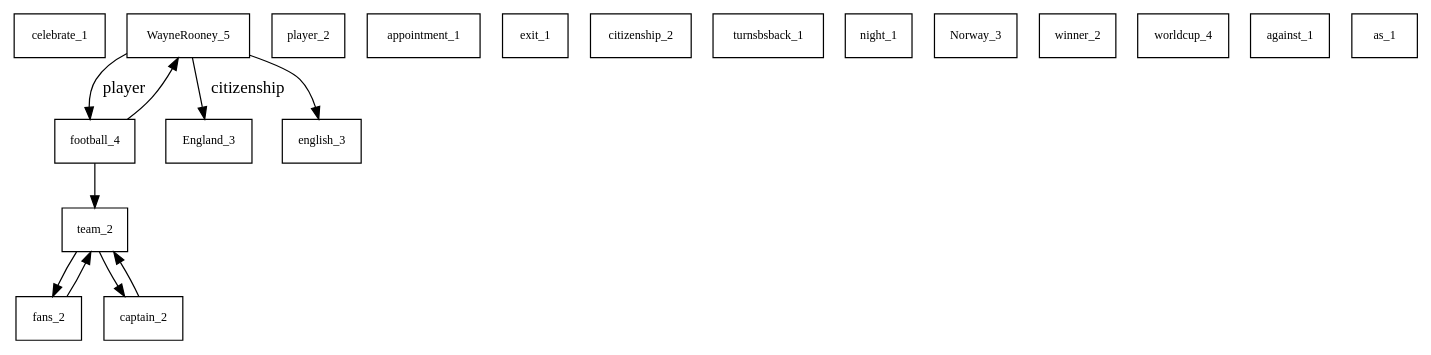
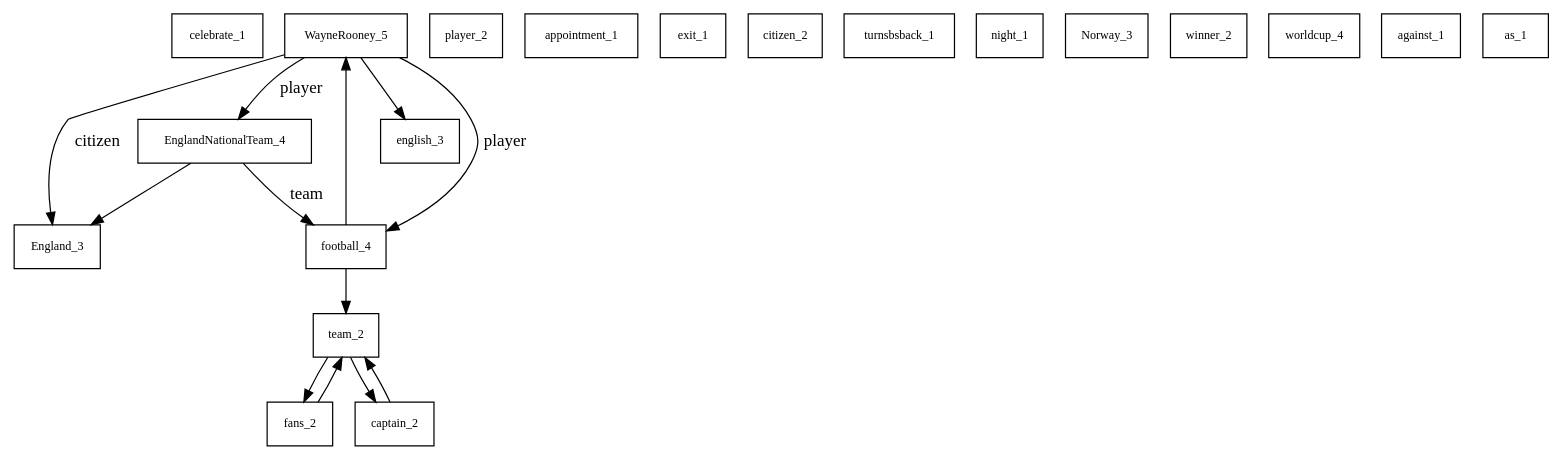
One commit to Nadrieril/psc changed the diagram in RC/RC.dot. Above: the diagram before and after it, drawn with Graphviz. The commit also changed 33 other files, not shown here.

Commit message:
Generated a new batch of graphs, better suited for the presentation

```diff
--- a/RC/RC.dot
+++ b/RC/RC.dot
@@ -1,31 +1,38 @@
 digraph G { /*Mettre d'abord tous les noeuds (nom_ic_activation) avec shape=box*/
 	celebrate_1 [shape=box,fontsize=10];
 	WayneRooney_5 [shape=box,fontsize=10];
+	/*ManchesterUnited_4 [shape=box,fontsize=10];*/
+	EnglandNationalTeam_4 [shape=box,fontsize=10];
 	player_2 [shape=box,fontsize=10];
 	appointment_1 [shape=box,fontsize=10];
 	exit_1 [shape=box,fontsize=10];
-	citizenship_2 [shape=box,fontsize=10];
+	citizen_2 [shape=box,fontsize=10];
 	turnsbsback_1 [shape=box,fontsize=10];
 	night_1 [shape=box,fontsize=10];
 	fans_2 [shape=box,fontsize=10];
 	football_4 [shape=box,fontsize=10];
 	England_3 [shape=box,fontsize=10];
 	team_2 [shape=box,fontsize=10];
 	captain_2 [shape=box,fontsize=10];
 	Norway_3 [shape=box,fontsize=10];
 	winner_2 [shape=box,fontsize=10];
 	worldcup_4 [shape=box,fontsize=10];
 	against_1 [shape=box,fontsize=10];
 	as_1 [shape=box,fontsize=10];
 	english_3 [shape=box,fontsize=10];
 	/*Mettre ensuite toutes les arêtes avec label s'il y en a un, et le poids obligatoire entre 0 et 100*/
 	team_2 -> fans_2 [weight=20]
 	fans_2 -> team_2 [weight=20]
 	team_2 -> captain_2 [weight=20]
 	captain_2 -> team_2 [weight=20]
 	WayneRooney_5 -> english_3 [weight=50]
-	WayneRooney_5 -> England_3 [label="citizenship",weight=50]
+	WayneRooney_5 -> England_3 [label="citizen",weight=50]
 	WayneRooney_5 -> football_4 [label="player",weight=70];
+	/*WayneRooney_5 -> ManchesterUnited_4 [label="player",weight=60];*/
+	WayneRooney_5 -> EnglandNationalTeam_4 [label="player",weight=60];
+	/*ManchesterUnited_4 -> football_4 [label="team",weight=60];*/
+	EnglandNationalTeam_4 -> football_4 [label="team",weight=60];
+	EnglandNationalTeam_4 -> England_3 [weight=30];
 	football_4 -> team_2 [weight=20]
 	football_4 -> WayneRooney_5 [weight=30]
 }
```
